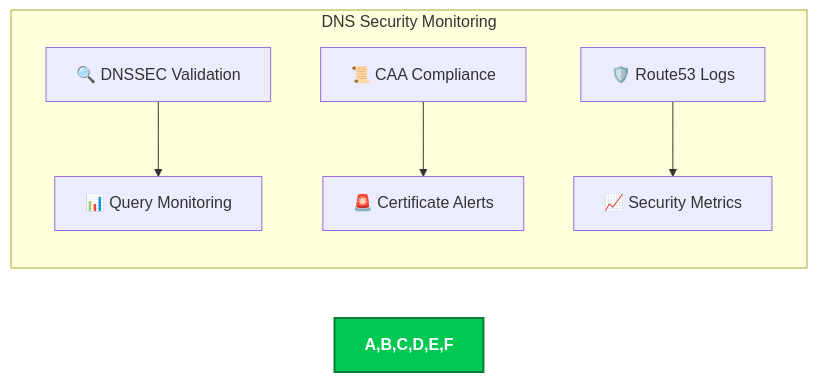
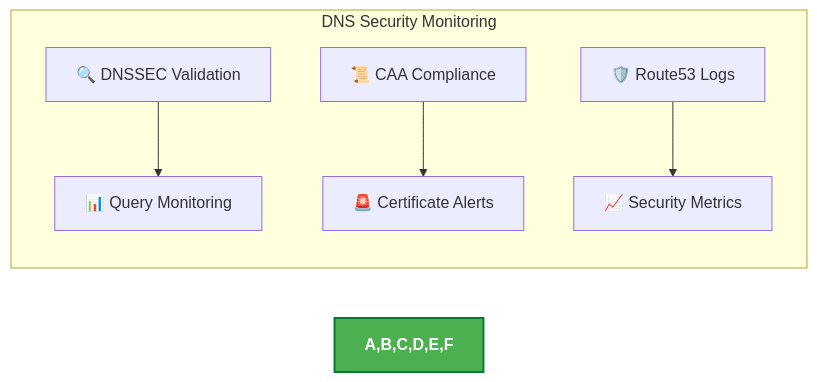
The sixth of 32 diagrams in docs/architecture/SECURITY_ARCHITECTURE.md (step-security-bot/cia-compliance-manager), drawn with Mermaid before and after one commit. The commit also changed other lines of this file and 27 other files, not shown here.

First line of the commit message:
fix: resolve broken mermaid diagrams and improve color coding to match ISMS style guide (#1106)

````diff
--- a/docs/architecture/SECURITY_ARCHITECTURE.md
+++ b/docs/architecture/SECURITY_ARCHITECTURE.md
@@ -341,10 +341,10 @@
 ```mermaid
 flowchart LR
     subgraph "DNS Security Monitoring"
         A[🔍 DNSSEC Validation] --> B[📊 Query Monitoring]
         C[📜 CAA Compliance] --> D[🚨 Certificate Alerts]
         E[🛡️ Route53 Logs] --> F[📈 Security Metrics]
     end
 
-    style A,B,C,D,E,F fill:#00C853,stroke:#007E33,stroke-width:2px,color:white,font-weight:bold
+    style A,B,C,D,E,F fill:#4CAF50,stroke:#007E33,stroke-width:2px,color:white,font-weight:bold
 ```
````
